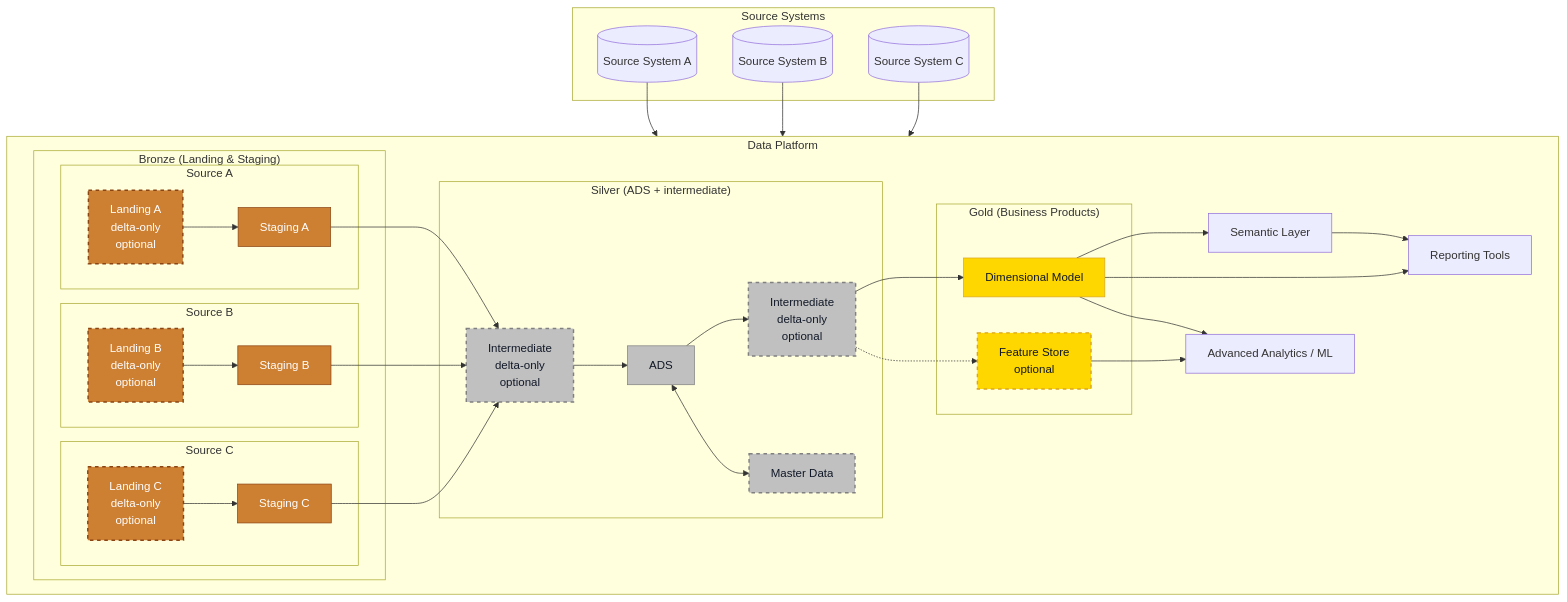
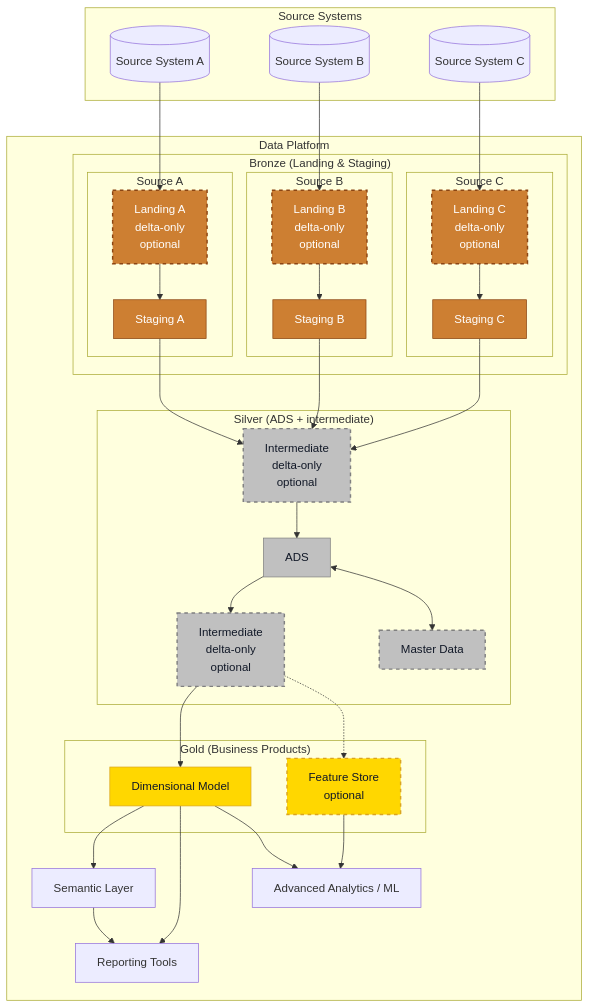
The first of 3 diagrams in docs/technical-guidelines/architectural-principles/data-layers-and-modeling.md (PlainsightPro/Vision-Playbook), drawn with Mermaid before and after one commit. The commit also changed 1 other file, not shown here.

Commit message:
Simplify Mermaid subgraph layout directives
Remove redundant/empty `direction` statements and an empty placeholder
node from two diagrams so they fall back to Mermaid's default layout and
render cleanly.

````diff
--- a/docs/technical-guidelines/architectural-principles/data-layers-and-modeling.md
+++ b/docs/technical-guidelines/architectural-principles/data-layers-and-modeling.md
@@ -9,75 +9,73 @@
 ```mermaid
 %%{init: { "flowchart": { "useMaxWidth": true } } }%%
 graph TD
     %% Expanded DW/BI platform with Medallion colors
     subgraph Source Systems
         A1[(Source System A)]
         A2[(Source System B)]
         A3[(Source System C)]
     end
 
-    subgraph Data Platform 
-        direction LR
-
+    subgraph Data Platform
         subgraph Bronze["Bronze (Landing & Staging)"]
             subgraph Source A
                 L1[Landing A<br/>delta-only<br>optional]:::bronzeOptional
                 B1[Staging A]:::bronze
             end
             subgraph Source B
                 L2[Landing B<br/>delta-only<br>optional]:::bronzeOptional
                 B2[Staging B]:::bronze
             end
             subgraph Source C
                 L3[Landing C<br/>delta-only<br>optional]:::bronzeOptional
                 B3[Staging C]:::bronze
             end
         end
 
         subgraph Silver["Silver (ADS + intermediate)"]
             M[Intermediate<br/>delta-only<br>optional]:::silverOptional
             C[ADS]:::silver
             O[Intermediate<br/>delta-only<br>optional]:::silverOptional
             G[Master Data]:::silverOptional
         end
 
         subgraph Gold["Gold (Business Products)"]
             FS[Feature Store<br/>optional]:::goldOptional
             D[Dimensional Model]:::gold
         end
 
         Semantic[Semantic Layer]
         Reports[Reporting Tools]
         ML[Advanced Analytics / ML]
     end
 
 %% Flows
 A1 --> L1
 L1 --> B1
 A2 --> L2
 L2 --> B2
 A3 --> L3
 L3 --> B3
 
 B1 --> M
 B2 --> M
 B3 --> M
 M --> C
 C --> O
 O --> D
 O -.-> FS
 C <--> G
 D --> Semantic
 D --> Reports
 D --> ML
 FS --> ML
 Semantic --> Reports
 
 %% Node styles
 classDef bronze fill:#CD7F32,stroke:#8B4513,stroke-width:1px,color:#FFFFFF;
 classDef bronzeOptional fill:#CD7F32,stroke:#8B4513,stroke-width:2px,stroke-dasharray:5 5,color:#FFFFFF;
 classDef silver fill:#C0C0C0,stroke:#808080,stroke-width:1px,color:#111827;
 classDef silverOptional fill:#C0C0C0,stroke:#808080,stroke-width:2px,stroke-dasharray:5 5,color:#111827;
 classDef gold fill:#FFD700,stroke:#DAA520,stroke-width:1px,color:#111827;
 classDef goldOptional fill:#FFD700,stroke:#DAA520,stroke-width:2px,stroke-dasharray:5 5,color:#111827;
 ```
````
